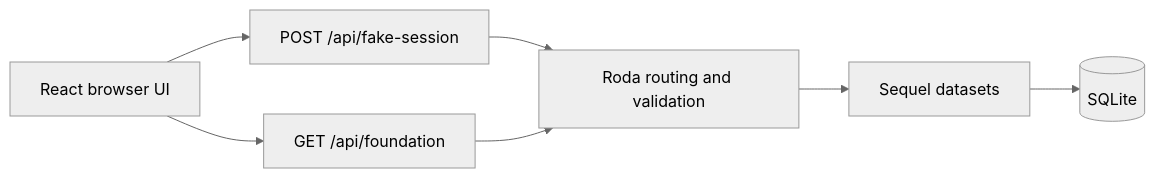
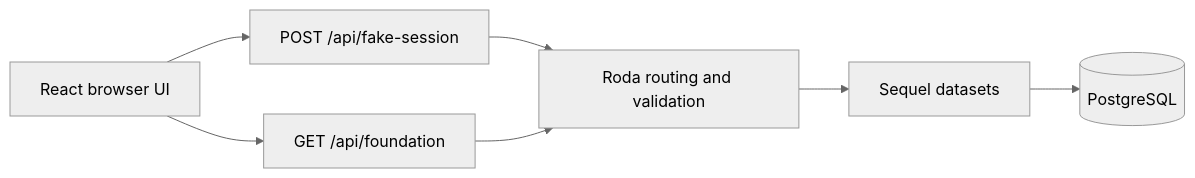
The first of 7 diagrams in docs/architecture.md (darthneel/Holocron), drawn with Mermaid (neutral theme) before and after one commit. The commit also changed other lines of this file and 19 other files, not shown here.

````diff
--- a/docs/architecture.md
+++ b/docs/architecture.md
@@ -9,16 +9,16 @@
 ```mermaid
 flowchart LR
     Browser[React browser UI]
     Session[POST /api/fake-session]
     Foundation[GET /api/foundation]
     Roda[Roda routing and validation]
     Sequel[Sequel datasets]
-    SQLite[(SQLite)]
+    PostgreSQL[(PostgreSQL)]
 
     Browser --> Session
     Browser --> Foundation
     Session --> Roda
     Foundation --> Roda
     Roda --> Sequel
-    Sequel --> SQLite
+    Sequel --> PostgreSQL
 ```
````
